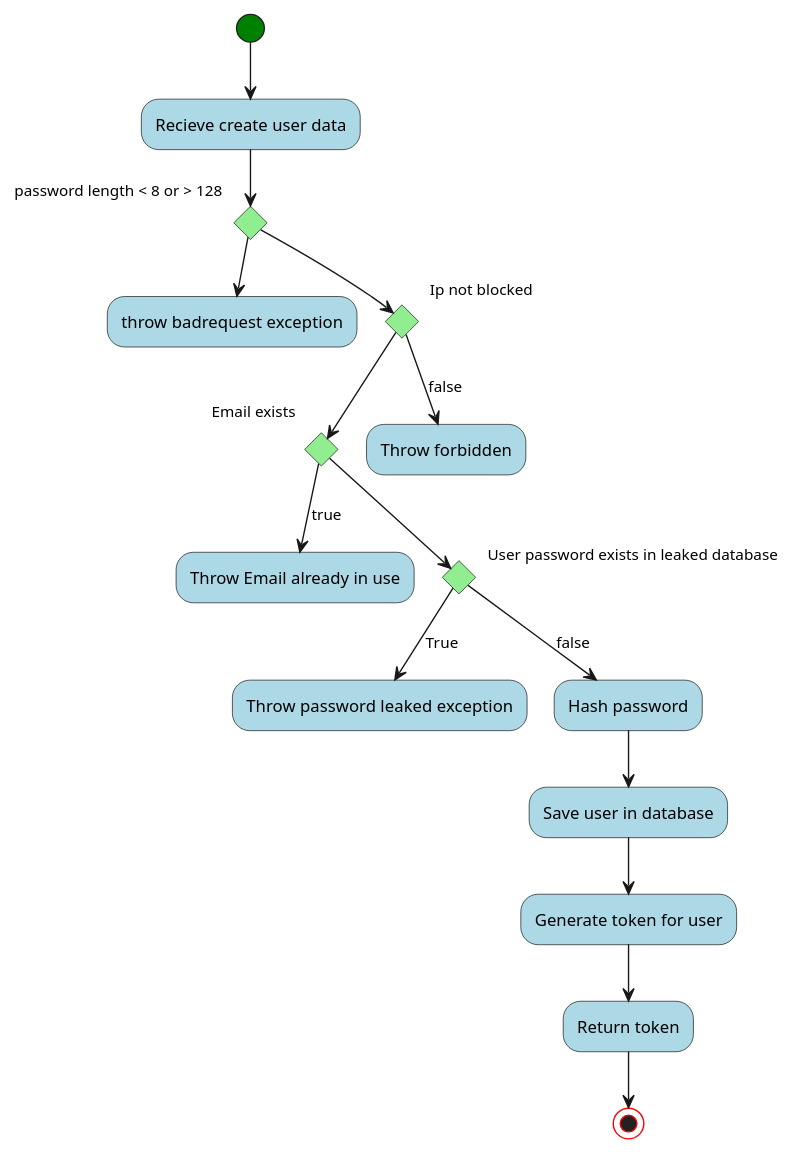
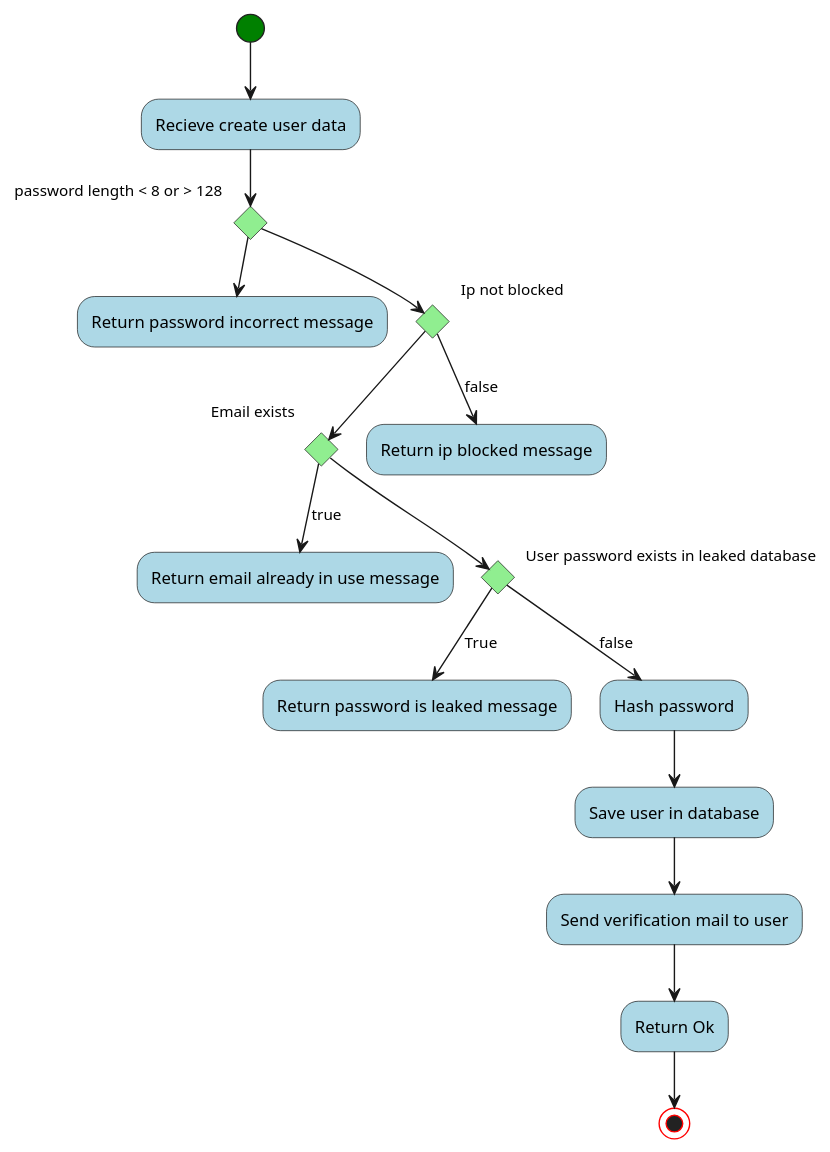
One commit to blackout1471/trust-us-school changed the diagram in Docs/FlowCharts/CreateUserFlowChart.plantuml. Above: the diagram before and after it, drawn with PlantUML. The commit also changed 33 other files, not shown here.

```diff
--- a/Docs/FlowCharts/CreateUserFlowChart.plantuml
+++ b/Docs/FlowCharts/CreateUserFlowChart.plantuml
@@ -1,34 +1,34 @@
 @startuml Create User Flowchart
 
 skinparam activity {
     BackgroundColor lightblue
     
     StartColor green
     EndColor red
     
     diamondBackgroundColor lightgreen
 }
 
 
 (*) --> "Recieve create user data"
 if "password length < 8 or > 128" then
-  -->throw badrequest exception
+  --> "Return password incorrect message"
 else
 if "Ip not blocked " then
 	if "Email exists" then
-		-->[true] "Throw Email already in use"
+		-->[true] "Return email already in use message"
 	else
 		if "User password exists in leaked database" then
-			-->[True]"Throw password leaked exception"
+			-->[True]"Return password is leaked message"
 		else
 			-->[false] "Hash password"
 			--> "Save user in database"
-			--> "Generate token for user"
-			--> "Return token"
+			--> "Send verification mail to user"
+			--> "Return Ok"
 			--> (*)
 		end if
 	end if
 else
--->[false] "Throw forbidden"
+-->[false] "Return ip blocked message"
 
 @enduml
```
